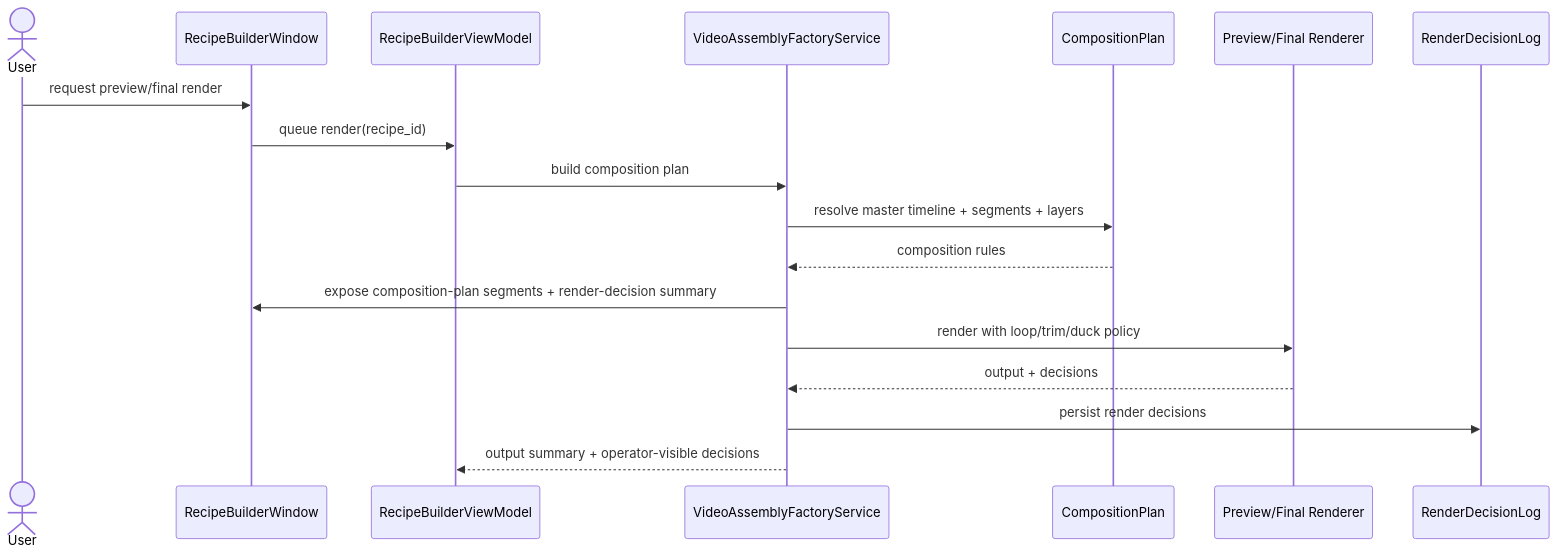
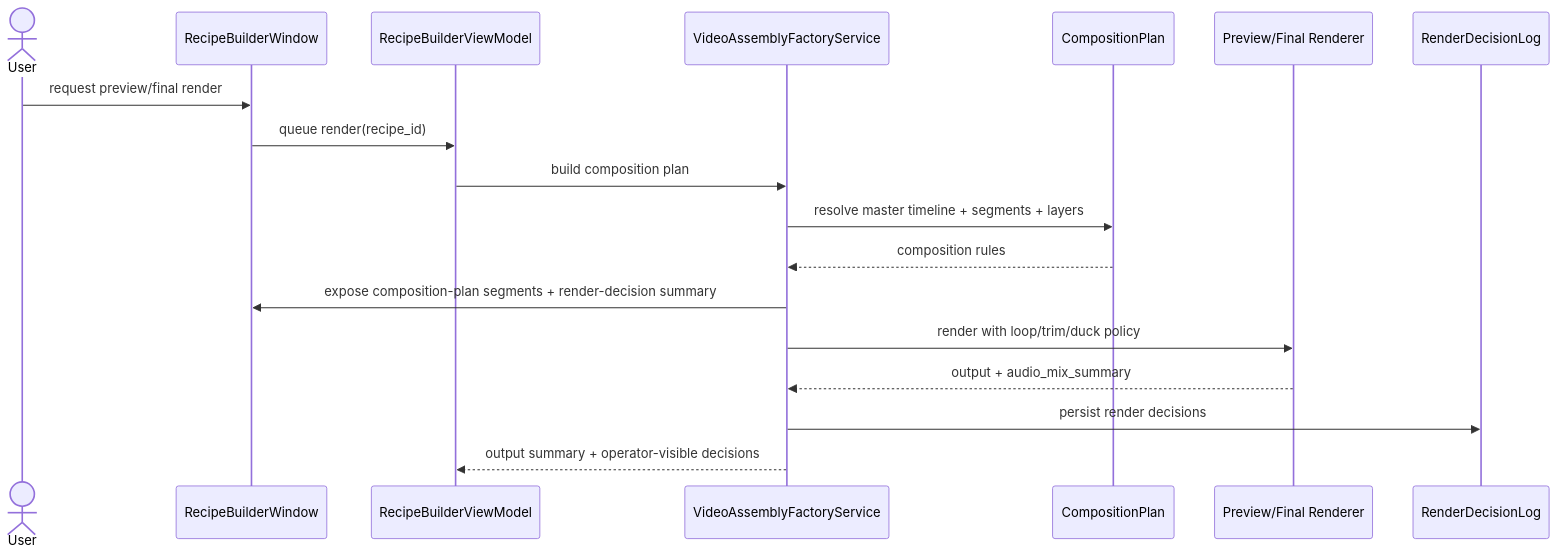
Before and after one commit to idev006/MTClipFactory: diagram 13 of 13 in doc/10_UML_System_Overview.md, drawn with Mermaid. The commit also changed other lines of this file and 20 other files, not shown here.

````diff
--- a/doc/10_UML_System_Overview.md
+++ b/doc/10_UML_System_Overview.md
@@ -495,21 +496,21 @@
 ```mermaid
 sequenceDiagram
     actor User
     participant View as RecipeBuilderWindow
     participant VM as RecipeBuilderViewModel
     participant Factory as VideoAssemblyFactoryService
     participant Plan as CompositionPlan
     participant Render as Preview/Final Renderer
     participant Audit as RenderDecisionLog
 
     User->>View: request preview/final render
     View->>VM: queue render(recipe_id)
     VM->>Factory: build composition plan
     Factory->>Plan: resolve master timeline + segments + layers
     Plan-->>Factory: composition rules
     Factory->>View: expose composition-plan segments + render-decision summary
     Factory->>Render: render with loop/trim/duck policy
-    Render-->>Factory: output + decisions
+    Render-->>Factory: output + audio_mix_summary
     Factory->>Audit: persist render decisions
     Factory-->>VM: output summary + operator-visible decisions
 ```
````
